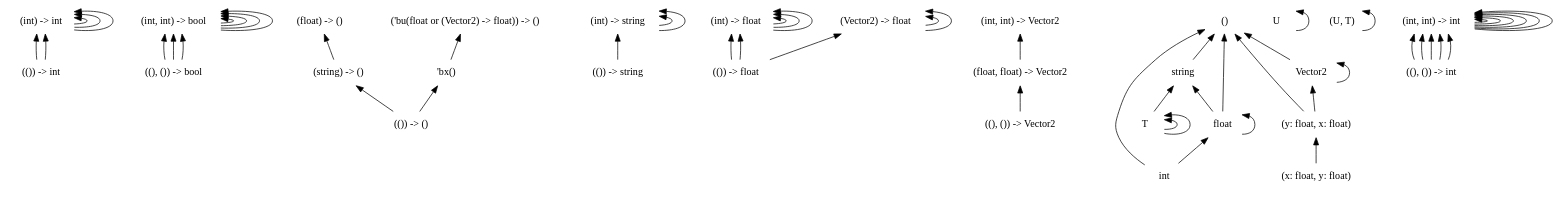
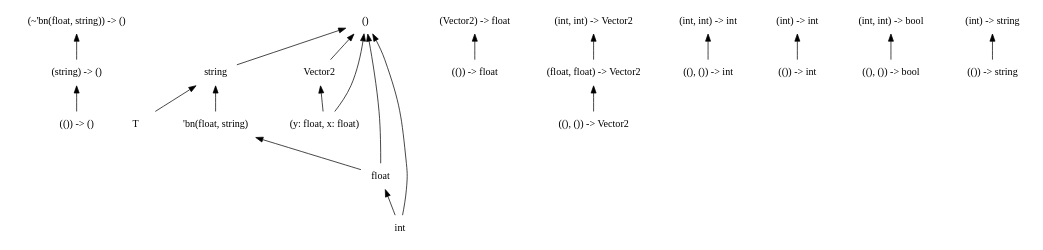
The diagram in dots/7.dot (chocobo333/regino), drawn with Graphviz before and after one commit. The commit also changed 40 other files, not shown here.

```diff
--- a/dots/7.dot
+++ b/dots/7.dot
@@ -1,97 +1,54 @@
 digraph order {
   graph [
     size = "30,10"
     ];
   node [
     shape = none
     ];
   edge [
     dir = back
     ];
-  "(()) -> int"
-  "(int) -> int"
-  "((), ()) -> bool"
-  "(int, int) -> bool"
+  "(string) -> ()"
   "(()) -> ()"
-  "(string) -> ()"
-  "(()) -> string"
-  "(int) -> string"
-  "(()) -> float"
-  "(int) -> float"
-  "(Vector2) -> float"
-  "((), ()) -> Vector2"
-  "(float, float) -> Vector2"
-  "(float) -> ()"
-  "('bu(float or (Vector2) -> float)) -> ()"
   "string"
   "Vector2"
+  "(()) -> float"
+  "T"
+  "((), ()) -> Vector2"
   "(int, int) -> Vector2"
+  "((), ()) -> int"
+  "(int) -> int"
+  "(int, int) -> int"
+  "()"
+  "(int, int) -> bool"
+  "(float, float) -> Vector2"
+  "(~'bn(float, string)) -> ()"
+  "(()) -> string"
+  "(Vector2) -> float"
   "(y: float, x: float)"
-  "T"
-  "U"
-  "T"
-  "T"
-  "()"
-  "(U, T)"
-  "'bx()"
+  "(int) -> string"
   "float"
+  "'bn(float, string)"
+  "(()) -> int"
   "int"
-  "((), ()) -> int"
-  "(int, int) -> int"
-  "(float, float) -> Vector2" -> "((), ()) -> Vector2"
-  "(int, int) -> Vector2" -> "(float, float) -> Vector2"
-  "(int, int) -> int" -> "((), ()) -> int"
-  "(int, int) -> int" -> "((), ()) -> int"
-  "(int, int) -> int" -> "((), ()) -> int"
-  "(int, int) -> int" -> "(int, int) -> int"
-  "(int, int) -> int" -> "((), ()) -> int"
-  "(int, int) -> int" -> "((), ()) -> int"
-  "(int, int) -> int" -> "(int, int) -> int"
-  "(int) -> int" -> "(int) -> int"
-  "(int) -> int" -> "(()) -> int"
-  "(int) -> int" -> "(()) -> int"
-  "(int) -> int" -> "(int) -> int"
-  "(int, int) -> int" -> "(int, int) -> int"
-  "(int) -> int" -> "(int) -> int"
-  "(int, int) -> int" -> "(int, int) -> int"
-  "(int, int) -> bool" -> "((), ()) -> bool"
-  "(int, int) -> bool" -> "(int, int) -> bool"
-  "(int, int) -> bool" -> "((), ()) -> bool"
-  "(int, int) -> bool" -> "((), ()) -> bool"
-  "(int, int) -> bool" -> "(int, int) -> bool"
-  "(int, int) -> bool" -> "(int, int) -> bool"
-  "(int) -> string" -> "(()) -> string"
-  "(int) -> string" -> "(int) -> string"
-  "(int) -> string" -> "(int) -> string"
+  "((), ()) -> bool"
   "(string) -> ()" -> "(()) -> ()"
   "string" -> "T"
-  "string" -> "float"
-  "Vector2" -> "Vector2"
+  "string" -> "'bn(float, string)"
   "Vector2" -> "(y: float, x: float)"
-  "(float) -> ()" -> "(string) -> ()"
-  "(int, int) -> bool" -> "(int, int) -> bool"
-  "(int, int) -> int" -> "(int, int) -> int"
-  "(int, int) -> int" -> "(int, int) -> int"
-  "(int) -> float" -> "(()) -> float"
-  "(int) -> float" -> "(()) -> float"
-  "(int) -> float" -> "(int) -> float"
-  "(int) -> float" -> "(int) -> float"
-  "(int) -> float" -> "(int) -> float"
-  "('bu(float or (Vector2) -> float)) -> ()" -> "'bx()"
-  "(y: float, x: float)" -> "(x: float, y: float)"
-  "T" -> "T"
-  "U" -> "U"
-  "T" -> "T"
+  "(int, int) -> Vector2" -> "(float, float) -> Vector2"
+  "(int) -> int" -> "(()) -> int"
+  "(int, int) -> int" -> "((), ()) -> int"
   "()" -> "string"
   "()" -> "Vector2"
   "()" -> "(y: float, x: float)"
   "()" -> "float"
   "()" -> "int"
-  "(U, T)" -> "(U, T)"
-  "'bx()" -> "(()) -> ()"
-  "float" -> "float"
+  "(int, int) -> bool" -> "((), ()) -> bool"
+  "(float, float) -> Vector2" -> "((), ()) -> Vector2"
+  "(~'bn(float, string)) -> ()" -> "(string) -> ()"
+  "(Vector2) -> float" -> "(()) -> float"
+  "(int) -> string" -> "(()) -> string"
   "float" -> "int"
-  "(Vector2) -> float" -> "(()) -> float"
-  "(Vector2) -> float" -> "(Vector2) -> float"
-  "(Vector2) -> float" -> "(Vector2) -> float"
+  "'bn(float, string)" -> "float"
 }
```
